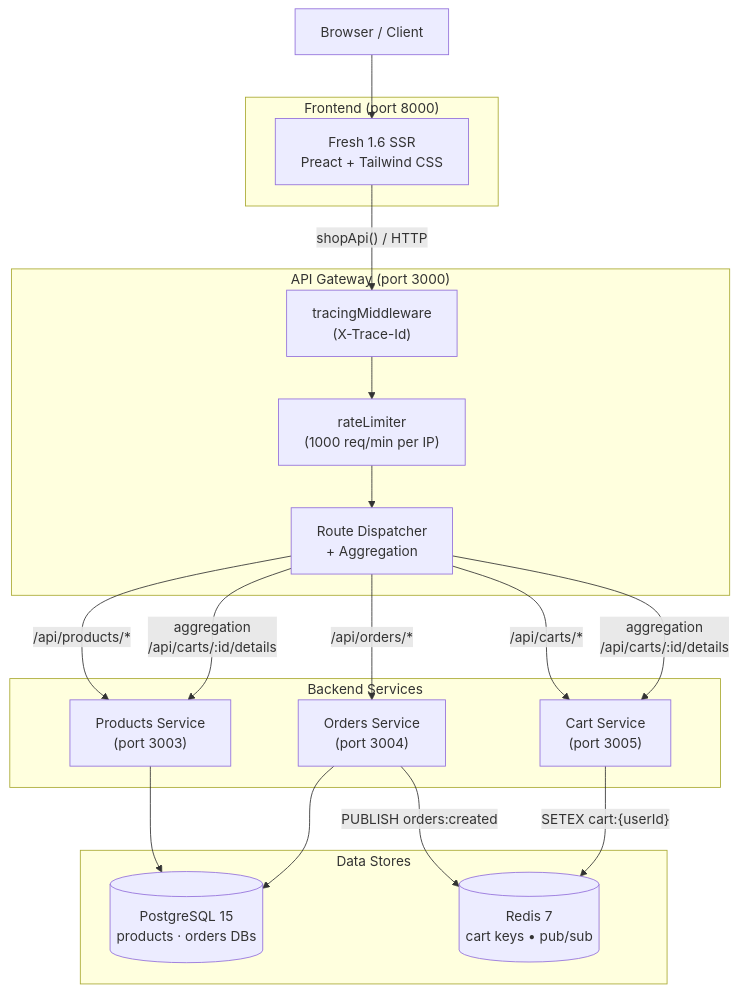
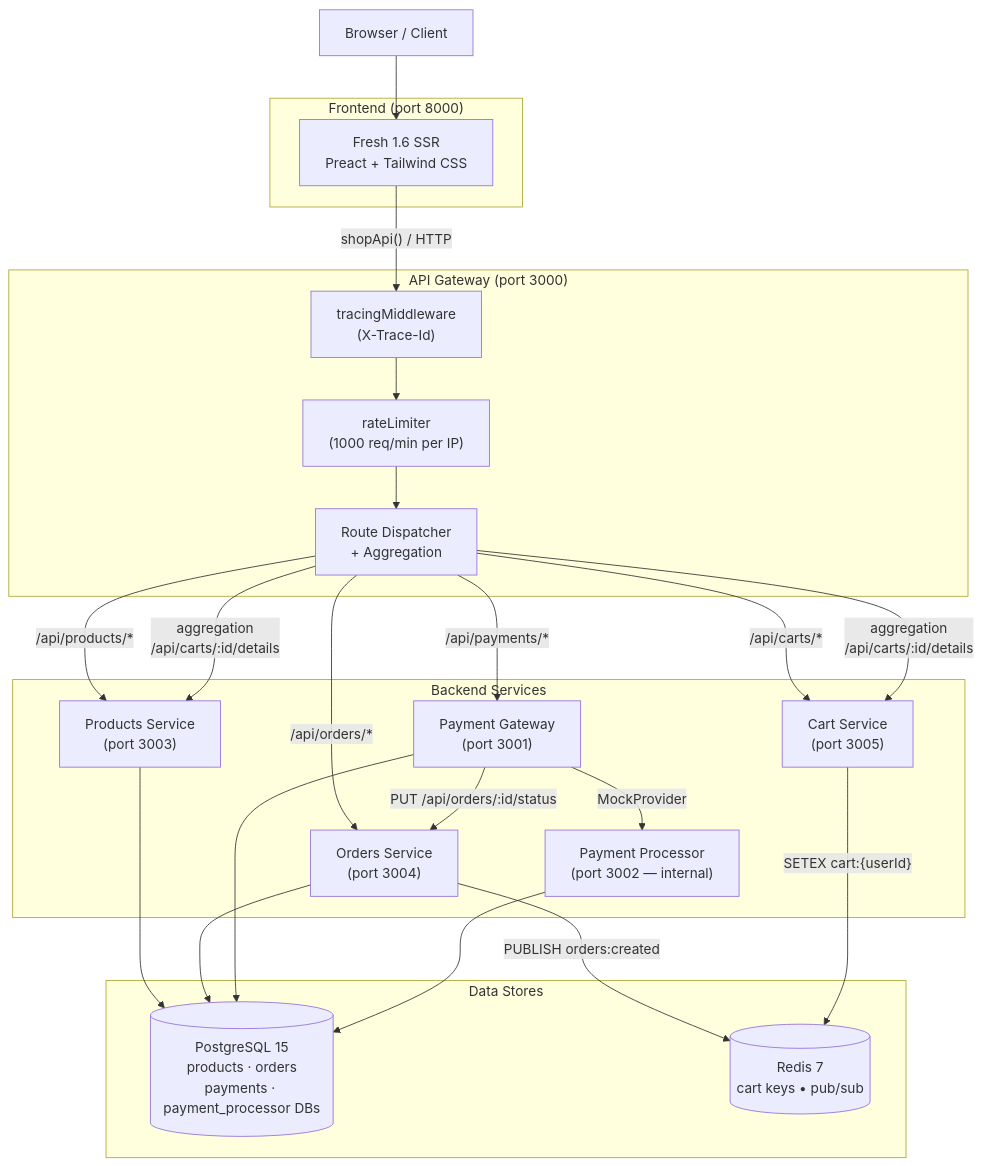
Before and after one commit to d-subrahmanyam/deno-fresh-microservices: the first of 9 diagrams in docs/ARCHITECTURE.md, drawn with Mermaid. The commit also changed other lines of this file and 62 other files, not shown here.

````diff
--- a/docs/ARCHITECTURE.md
+++ b/docs/ARCHITECTURE.md
@@ -7,38 +7,46 @@
 ```mermaid
 graph TB
     Browser["Browser / Client"]
 
     subgraph Frontend["Frontend (port 8000)"]
         Fresh["Fresh 1.6 SSR\nPreact + Tailwind CSS"]
     end
 
     subgraph Gateway["API Gateway (port 3000)"]
         Trace["tracingMiddleware\n(X-Trace-Id)"]
         Rate["rateLimiter\n(1000 req/min per IP)"]
         Router["Route Dispatcher\n+ Aggregation"]
     end
 
     subgraph Services["Backend Services"]
         PS["Products Service\n(port 3003)"]
         OS["Orders Service\n(port 3004)"]
         CS["Cart Service\n(port 3005)"]
+        PGW["Payment Gateway\n(port 3001)"]
+        PP["Payment Processor\n(port 3002 — internal)"]
     end
 
     subgraph Storage["Data Stores"]
-        PG[("PostgreSQL 15\nproducts · orders DBs")]
+        PG[("PostgreSQL 15\nproducts · orders\npayments · payment_processor DBs")]
         Redis[("Redis 7\ncart keys • pub/sub")]
     end
 
     Browser --> Fresh
     Fresh -->|"shopApi() / HTTP"| Trace
     Trace --> Rate --> Router
     Router -->|"/api/products/*"| PS
     Router -->|"/api/orders/*"| OS
     Router -->|"/api/carts/*"| CS
+    Router -->|"/api/payments/*"| PGW
     Router -->|"aggregation\n/api/carts/:id/details"| PS & CS
+
+    PGW -->|"MockProvider"| PP
+    PGW -->|"PUT /api/orders/:id/status"| OS
 
     PS --> PG
     OS --> PG
     OS -->|"PUBLISH orders:created"| Redis
     CS -->|"SETEX cart:{userId}"| Redis
+    PGW --> PG
+    PP --> PG
 ```
````
